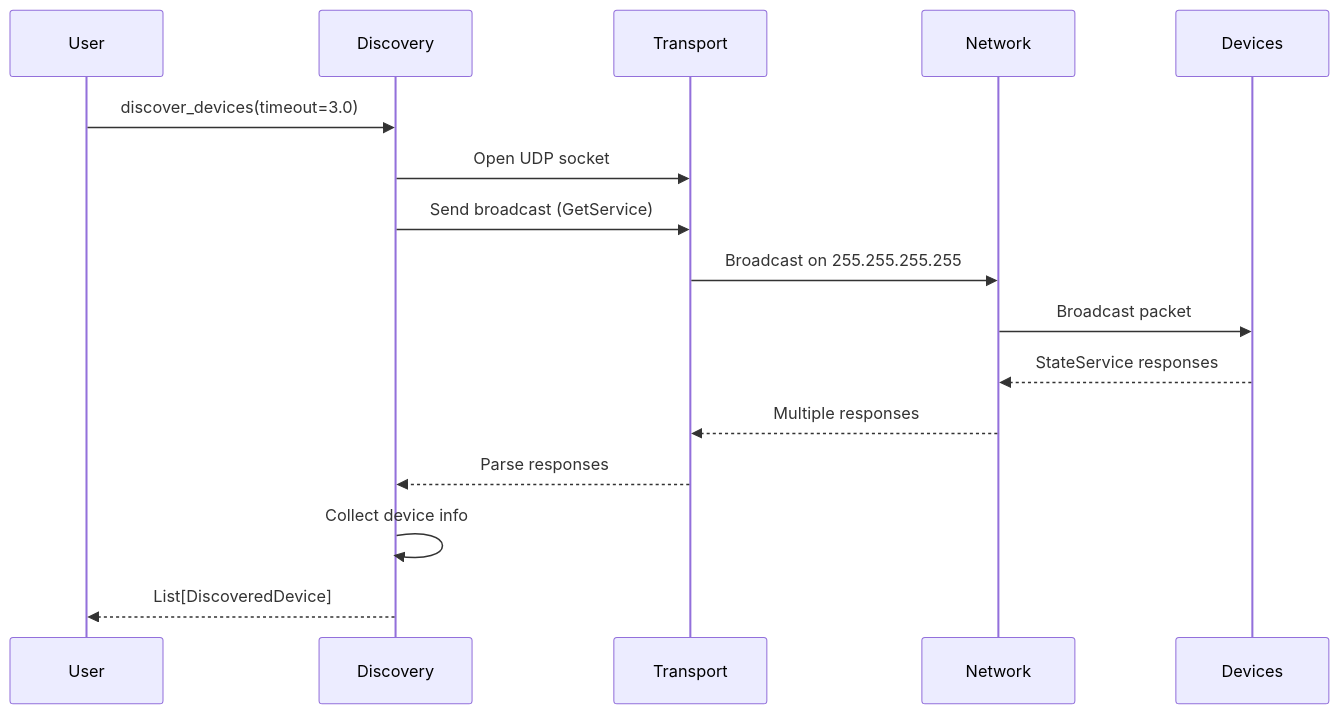
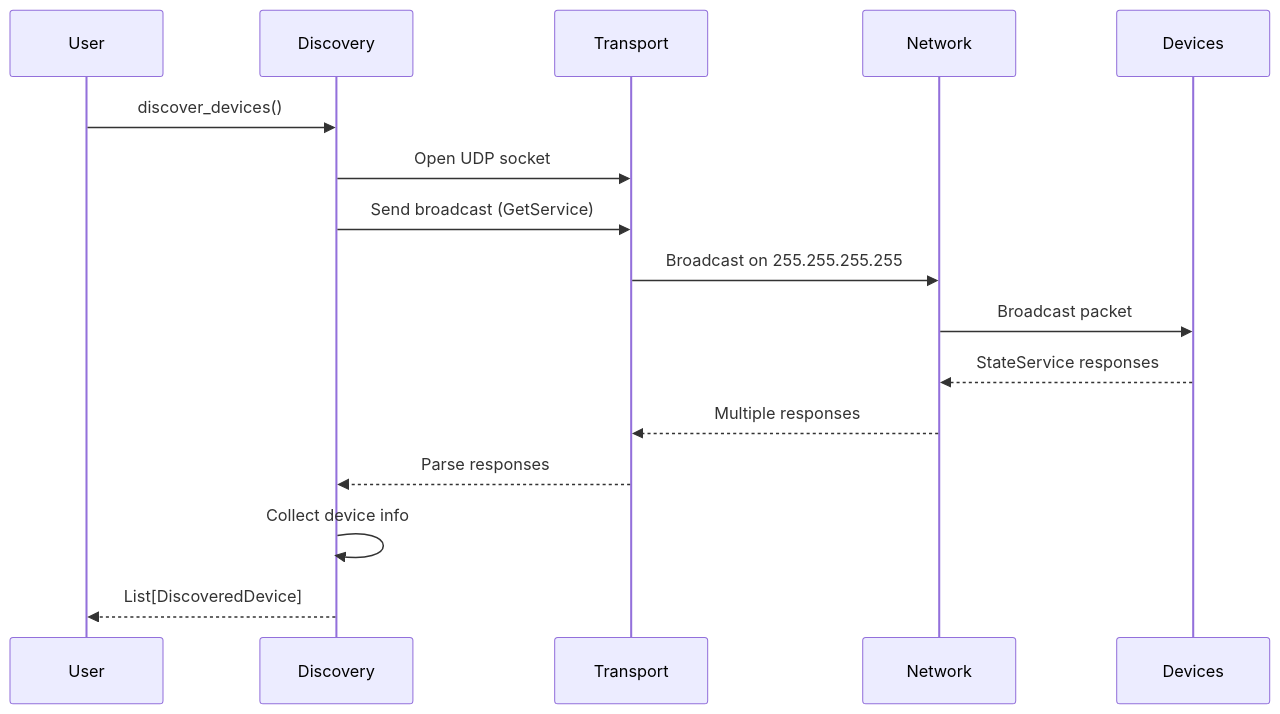
The third of 3 diagrams in docs/architecture/overview.md (Djelibeybi/lifx-async), drawn with Mermaid before and after one commit. The commit also changed 46 other files, not shown here.

````diff
--- a/docs/architecture/overview.md
+++ b/docs/architecture/overview.md
@@ -301,19 +301,19 @@
 ```mermaid
 sequenceDiagram
     participant User
     participant Discovery
     participant Transport
     participant Network
     participant Devices
 
-    User->>Discovery: discover_devices(timeout=3.0)
+    User->>Discovery: discover_devices()
     Discovery->>Transport: Open UDP socket
     Discovery->>Transport: Send broadcast (GetService)
     Transport->>Network: Broadcast on 255.255.255.255
     Network->>Devices: Broadcast packet
     Devices-->>Network: StateService responses
     Network-->>Transport: Multiple responses
     Transport-->>Discovery: Parse responses
     Discovery->>Discovery: Collect device info
     Discovery-->>User: List[DiscoveredDevice]
 ```
````
